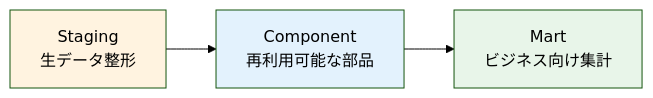
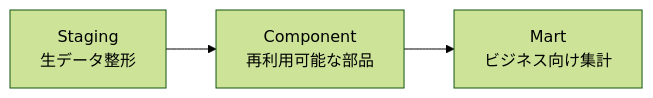
Before and after one commit to 1210yuichi0/1210yuichi0.github.io: the second of 4 diagrams in content/Tech/dbt/tutorials/tutorial-02-dimensional.md, drawn with Mermaid (forest theme). The commit also changed other lines of this file and 22 other files, not shown here.

First line of the commit message:
style: remove Mermaid style directives for dark mode compatibility

````diff
--- a/content/Tech/dbt/tutorials/tutorial-02-dimensional.md
+++ b/content/Tech/dbt/tutorials/tutorial-02-dimensional.md
@@ -135,9 +128,6 @@
 ```mermaid
 flowchart LR
     A[Staging<br/>生データ整形] --> B[Component<br/>再利用可能な部品]
     B --> C[Mart<br/>ビジネス向け集計]
 
-    style A fill:#fff3e0
-    style B fill:#e3f2fd
-    style C fill:#e8f5e9
 ```
````
